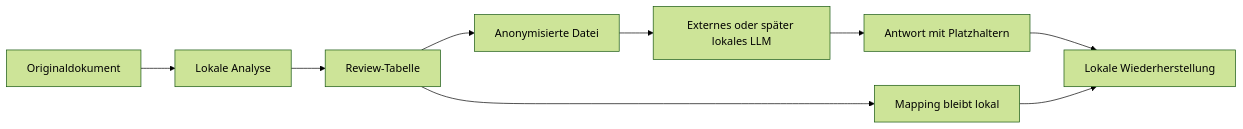
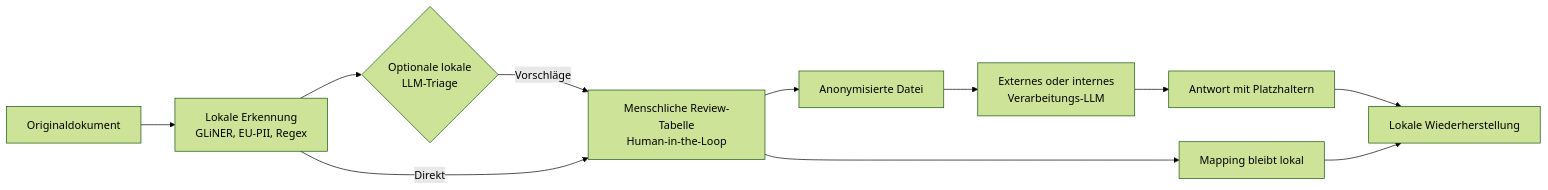
Before and after one commit to scepbjoern/local-anonymizer: the diagram in docs/guide/00-einstieg.md, drawn with Mermaid (forest theme). The commit also changed other lines of this file and 12 other files, not shown here.

Commit message:
docs: align documentation, guide, PRD, and architecture with Phase 5a and 6A

````diff
--- a/docs/guide/00-einstieg.md
+++ b/docs/guide/00-einstieg.md
@@ -14,11 +14,13 @@
 ```mermaid
 flowchart LR
-    A[Originaldokument] --> B[Lokale Analyse]
-    B --> C[Review-Tabelle]
-    C --> D[Anonymisierte Datei]
-    C --> E[Mapping bleibt lokal]
-    D --> F[Externes oder später lokales LLM]
-    F --> G[Antwort mit Platzhaltern]
-    G --> H[Lokale Wiederherstellung]
-    E --> H
+    A[Originaldokument] --> B[Lokale Erkennung<br/>GLiNER, EU-PII, Regex]
+    B --> C{Optionale lokale<br/>LLM-Triage}
+    C -->|Vorschläge| D[Menschliche Review-Tabelle<br/>Human-in-the-Loop]
+    B -->|Direkt| D
+    D --> E[Anonymisierte Datei]
+    D --> F[Mapping bleibt lokal]
+    E --> G[Externes oder internes<br/>Verarbeitungs-LLM]
+    G --> H[Antwort mit Platzhaltern]
+    H --> I[Lokale Wiederherstellung]
+    F --> I
 ```
````
